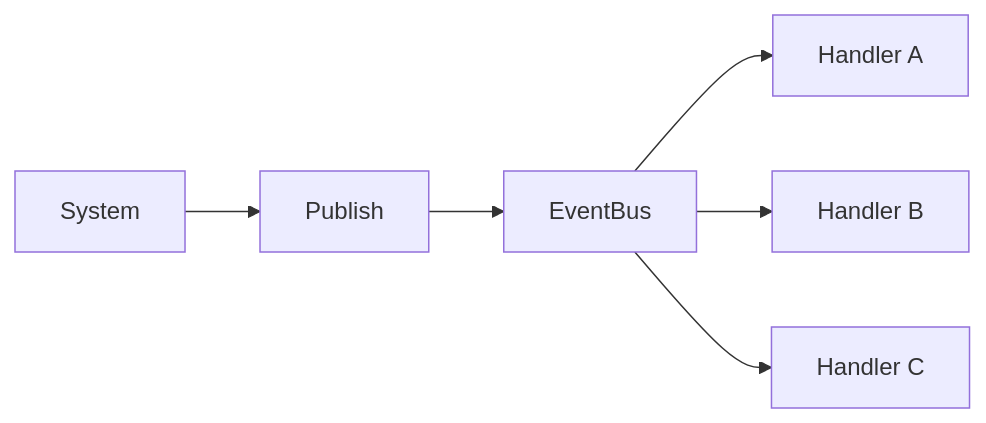
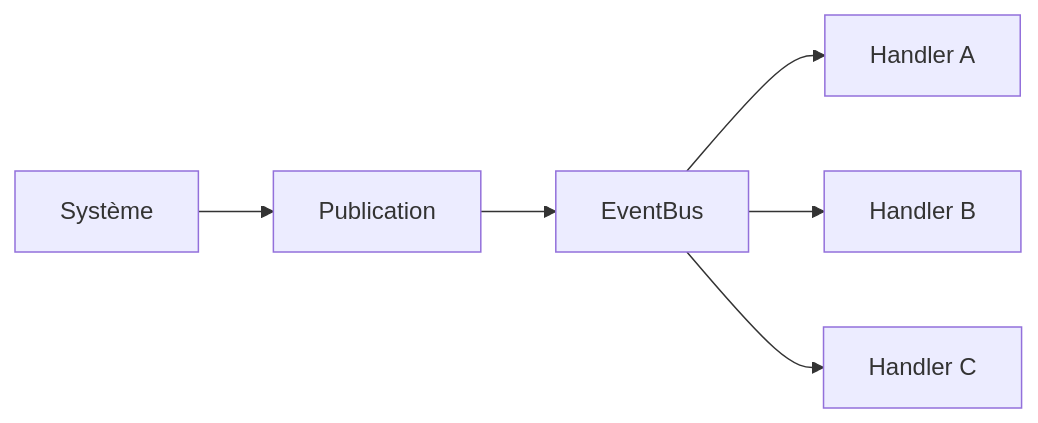
Before and after one commit to leseke/CHRONIQUES: the diagram in ENGINE/ENGINE-001-EventBus.md, drawn with Mermaid. The commit also changed other lines of this file, not shown here.

````diff
--- a/ENGINE/ENGINE-001-EventBus.md
+++ b/ENGINE/ENGINE-001-EventBus.md
@@ -77,14 +105,14 @@
 ```mermaid
 flowchart LR
 
-A[System]
-    --> B[Publish]
+A[Système]
+    --> B[Publication]
 
 B --> C[EventBus]
 
 C --> D[Handler A]
 
 C --> E[Handler B]
 
 C --> F[Handler C]
 ```
````
